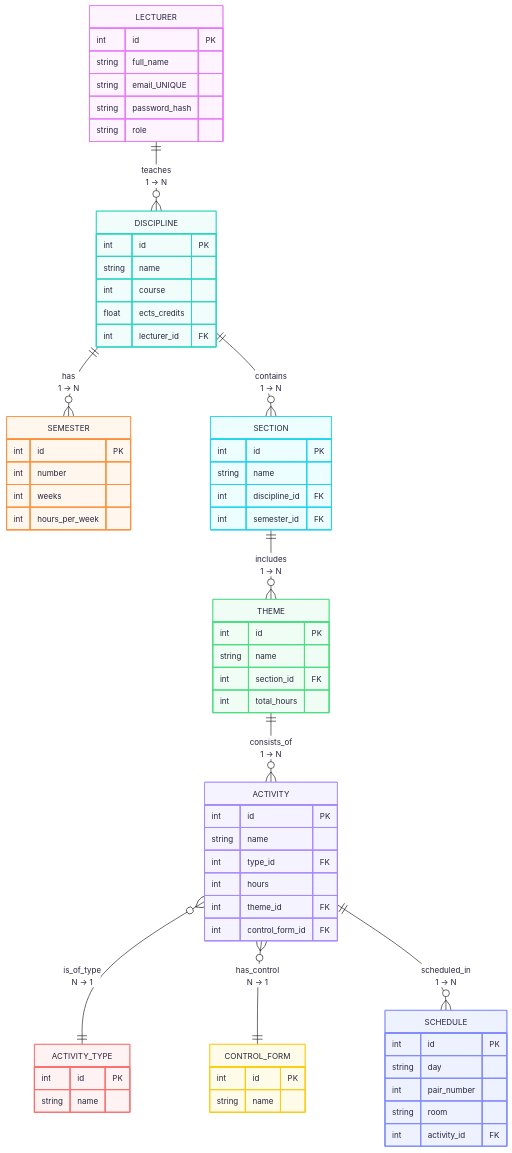
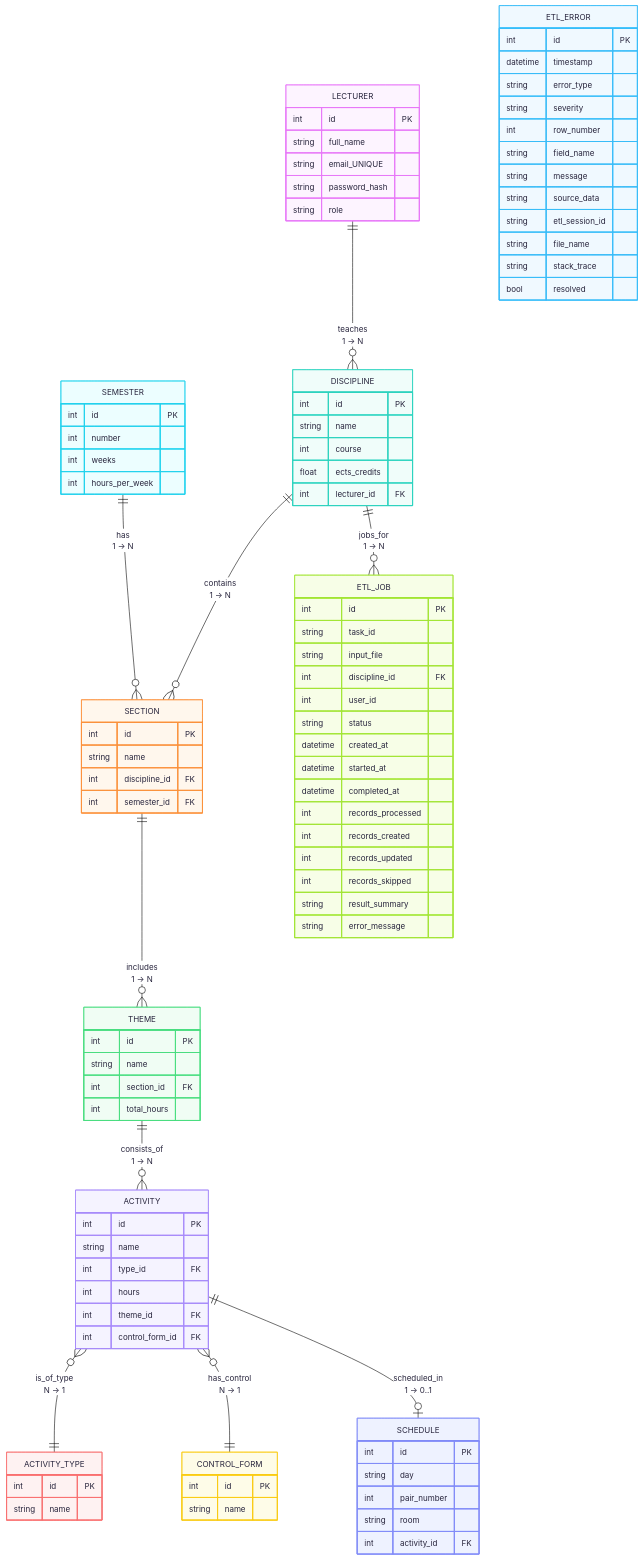
One commit to UraN9/curriculum-parser changed the diagram in README.md. Above: the diagram before and after it, drawn with Mermaid. The commit also changed other lines of this file and 2 other files, not shown here.

````diff
--- a/README.md
+++ b/README.md
@@ -38,13 +38,14 @@
 ---
 erDiagram
     LECTURER ||--o{ DISCIPLINE : "teaches<br>1 → N"
-    DISCIPLINE ||--o{ SEMESTER : "has<br>1 → N"
     DISCIPLINE ||--o{ SECTION : "contains<br>1 → N"
+    SEMESTER ||--o{ SECTION : "has<br>1 → N"
     SECTION ||--o{ THEME : "includes<br>1 → N"
     THEME ||--o{ ACTIVITY : "consists_of<br>1 → N"
     ACTIVITY }o--|| ACTIVITY_TYPE : "is_of_type<br>N → 1"
     ACTIVITY }o--|| CONTROL_FORM : "has_control<br>N → 1"
-    ACTIVITY ||--o{ SCHEDULE : "scheduled_in<br>1 → N"
+    ACTIVITY ||--o| SCHEDULE : "scheduled_in<br>1 → 0..1"
+    DISCIPLINE ||--o{ ETL_JOB : "jobs_for<br>1 → N"
     LECTURER {
         int id PK
         string full_name
@@ -100,5 +101,36 @@
         string room
         int activity_id FK
     }
+    ETL_JOB {
+        int id PK
+        string task_id
+        string input_file
+        int discipline_id FK
+        int user_id
+        string status
+        datetime created_at
+        datetime started_at
+        datetime completed_at
+        int records_processed
+        int records_created
+        int records_updated
+        int records_skipped
+        string result_summary
+        string error_message
+    }
+    ETL_ERROR {
+        int id PK
+        datetime timestamp
+        string error_type
+        string severity
+        int row_number
+        string field_name
+        string message
+        string source_data
+        string etl_session_id
+        string file_name
+        string stack_trace
+        bool resolved
+    }
 
 ```
````
